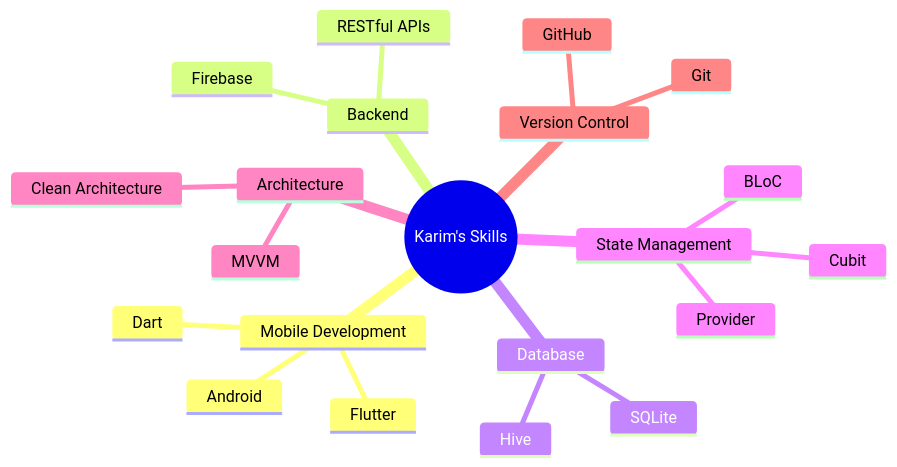
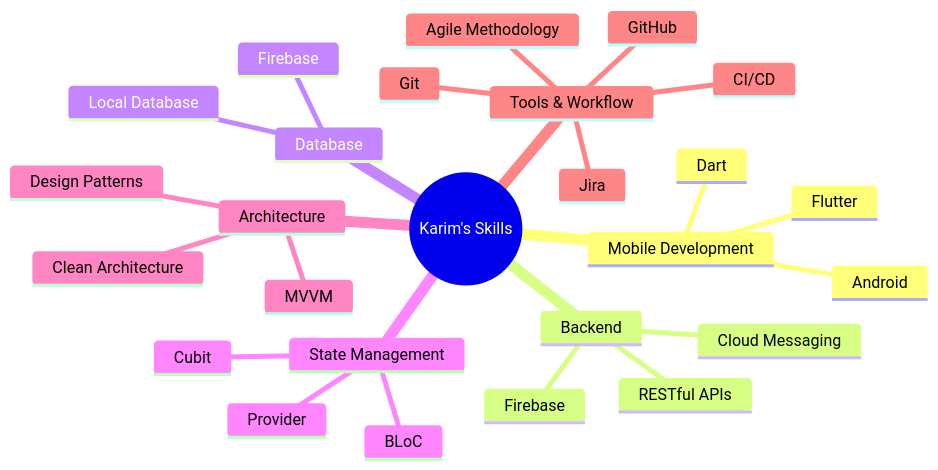
The diagram in README.md (karimelsayed24/karimelsayed24), drawn with Mermaid before and after one commit. The commit also changed other lines of this file, not shown here.

````diff
--- a/README.md
+++ b/README.md
@@ -45,24 +64,29 @@
   ```mermaid
   mindmap
     root((Karim's Skills))
       Mobile Development
         Flutter
         Dart
         Android
       Backend
         Firebase
         RESTful APIs
+        Cloud Messaging
       Database
-        SQLite
-        Hive
+        Firebase
+        Local Database
       State Management
         BLoC
         Cubit
         Provider
       Architecture
         Clean Architecture
         MVVM
-      Version Control
+        Design Patterns
+      Tools & Workflow
         Git
         GitHub
+        Jira
+        Agile Methodology
+        CI/CD
   ```
````
